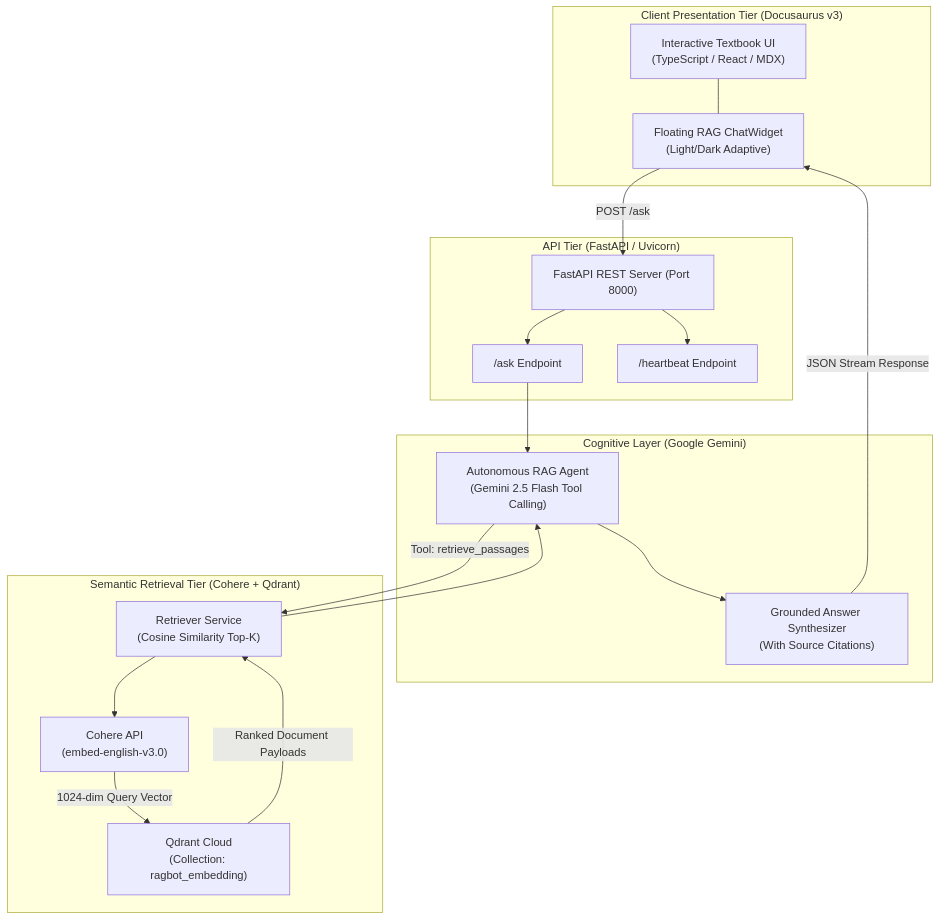
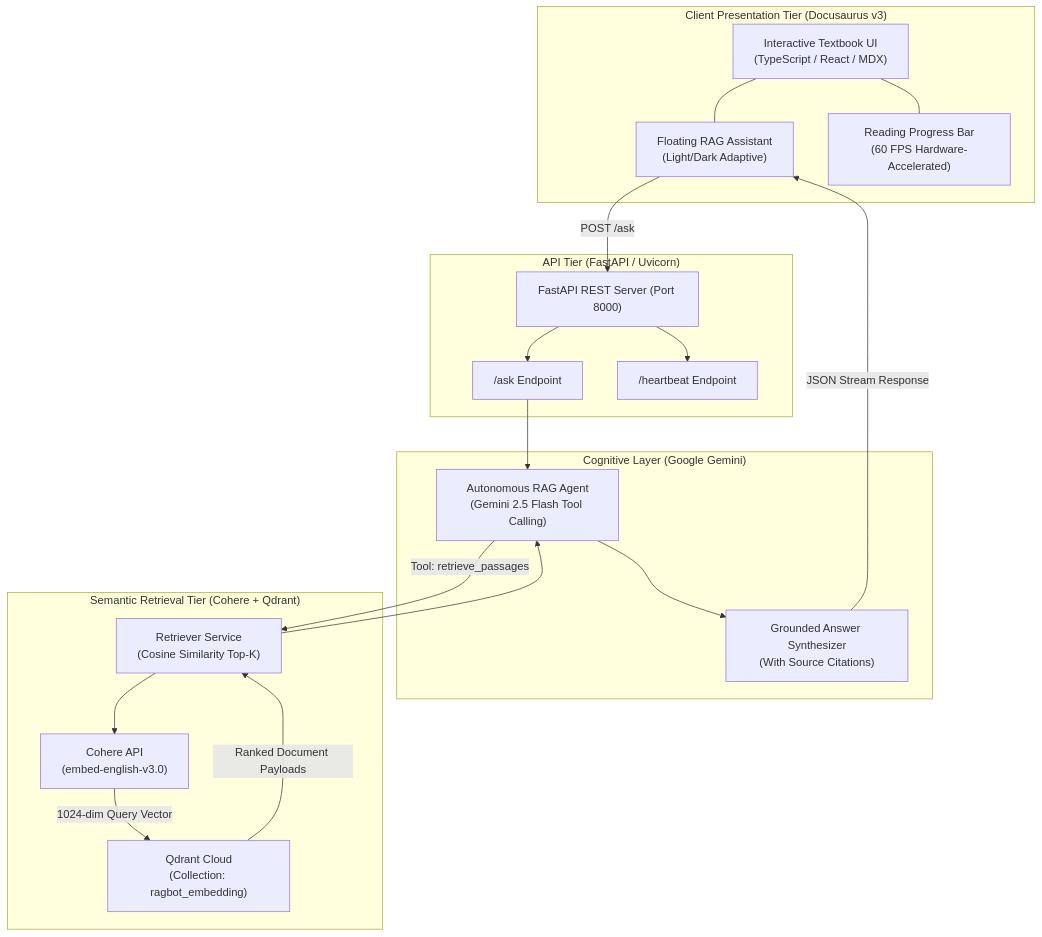
The diagram in README.md (MudassirT/Physical-AI-Humanoid-Robotics), drawn with Mermaid before and after one commit. The commit also changed other lines of this file, not shown here.

Commit message:
docs(readme): overhaul master README with clean UTF-8 encoding, architecture, and telemetry

````diff
--- a/README.md
+++ b/README.md
@@ -44,35 +46,37 @@
 ```mermaid
 flowchart TD
     subgraph Client ["Client Presentation Tier (Docusaurus v3)"]
         UI["Interactive Textbook UI<br/>(TypeScript / React / MDX)"]
-        Chat["Floating RAG ChatWidget<br/>(Light/Dark Adaptive)"]
+        Chat["Floating RAG Assistant<br/>(Light/Dark Adaptive)"]
+        Bar["Reading Progress Bar<br/>(60 FPS Hardware-Accelerated)"]
         UI --- Chat
+        UI --- Bar
     end
 
     subgraph Gateway ["API Tier (FastAPI / Uvicorn)"]
         API["FastAPI REST Server (Port 8000)"]
         Chat -->|POST /ask| API
         API --> RouteChat["/ask Endpoint"]
         API --> RouteHealth["/heartbeat Endpoint"]
     end
 
     subgraph CognitiveBrain ["Cognitive Layer (Google Gemini)"]
         Agent["Autonomous RAG Agent<br/>(Gemini 2.5 Flash Tool Calling)"]
         RouteChat --> Agent
         Agent --> Synthesizer["Grounded Answer Synthesizer<br/>(With Source Citations)"]
     end
 
     subgraph VectorTier ["Semantic Retrieval Tier (Cohere + Qdrant)"]
         Retriever["Retriever Service<br/>(Cosine Similarity Top-K)"]
         Cohere["Cohere API<br/>(embed-english-v3.0)"]
         Qdrant["Qdrant Cloud<br/>(Collection: ragbot_embedding)"]
         
         Agent -->|Tool: retrieve_passages| Retriever
         Retriever --> Cohere
         Cohere -->|1024-dim Query Vector| Qdrant
         Qdrant -->|Ranked Document Payloads| Retriever
         Retriever --> Agent
     end
 
     Synthesizer -->|JSON Stream Response| Chat
 ```
````
